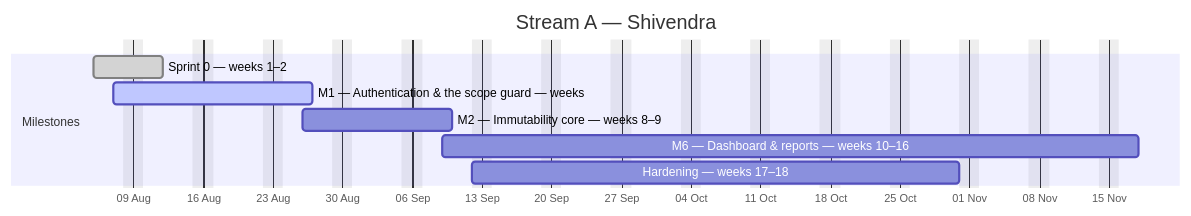
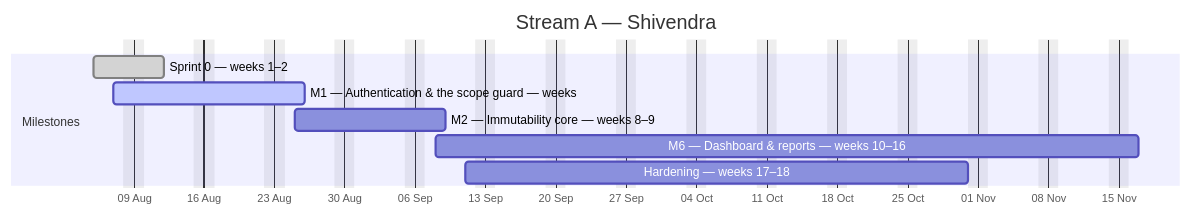
Before and after one commit to debashisedunext/EduTrack: the first of 4 diagrams in docs/plan/GANTT.md, drawn with Mermaid. The commit also changed other lines of this file and 3 other files, not shown here.

````diff
--- a/docs/plan/GANTT.md
+++ b/docs/plan/GANTT.md
@@ -122,13 +130,13 @@
 ```mermaid
 gantt
     dateFormat YYYY-MM-DD
     axisFormat %d %b
     title Stream A — Shivendra
     excludes weekends
     section Milestones
     Sprint 0 — weeks 1–2 :done, a0, 2026-08-05, 5d
-    M1 — Authentication & the scope guard — weeks :active, a1, 2026-08-07, 14d
-    M2 — Immutability core — weeks 8–9 :a2, 2026-08-26, 11d
-    M6 — Dashboard & reports — weeks 10–16 :a3, 2026-09-09, 50d
-    Hardening — weeks 17–18 :a4, 2026-09-12, 36d
+    M1 — Authentication & the scope guard — weeks :active, a1, 2026-08-07, 13d
+    M2 — Immutability core — weeks 8–9 :a2, 2026-08-25, 11d
+    M6 — Dashboard & reports — weeks 10–16 :a3, 2026-09-08, 50d
+    Hardening — weeks 17–18 :a4, 2026-09-11, 36d
 ```
````
